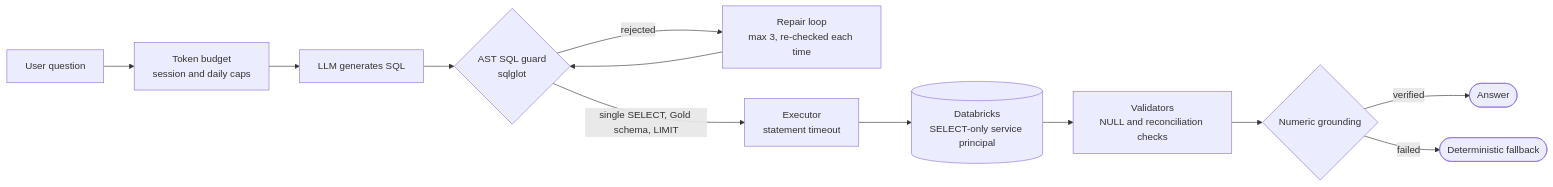
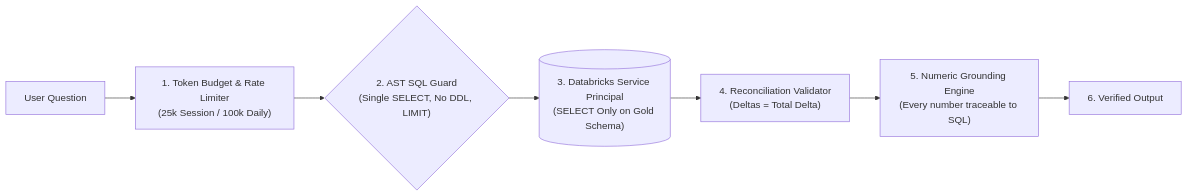
Before and after one commit to shehapsherif11-bit/Agentic-Data-Lakehouse: the third of 3 diagrams in README.md, drawn with Mermaid. The commit also changed other lines of this file and 3 other files, not shown here.

Commit message:
docs: professional overhaul of README with intuitive architecture diagrams and production screenshots

````diff
--- a/README.md
+++ b/README.md
@@ -250,14 +176,9 @@
 ```mermaid
 flowchart LR
-    Q["User question"] --> BUD["Token budget<br/>session and daily caps"]
-    BUD --> LLM["LLM generates SQL"]
-    LLM --> GD{"AST SQL guard<br/>sqlglot"}
-    GD -->|"rejected"| RPR["Repair loop<br/>max 3, re-checked each time"]
-    RPR --> GD
-    GD -->|"single SELECT, Gold schema, LIMIT"| EX["Executor<br/>statement timeout"]
-    EX --> SP[("Databricks<br/>SELECT-only service principal")]
-    SP --> VAL["Validators<br/>NULL and reconciliation checks"]
-    VAL --> GRD{"Numeric grounding"}
-    GRD -->|"verified"| ANS(["Answer"])
-    GRD -->|"failed"| FBK(["Deterministic fallback"])
+    Query["User Question"] --> Budget["1. Token Budget & Rate Limiter<br/>(25k Session / 100k Daily)"]
+    Budget --> Guard{"2. AST SQL Guard<br/>(Single SELECT, No DDL, LIMIT)"}
+    Guard --> DB[("3. Databricks Service Principal<br/>(SELECT Only on Gold Schema)")]
+    DB --> Reconcile["4. Reconciliation Validator<br/>(Deltas = Total Delta)"]
+    Reconcile --> Grounding["5. Numeric Grounding Engine<br/>(Every number traceable to SQL)"]
+    Grounding --> Verified["6. Verified Output"]
 ```
````
